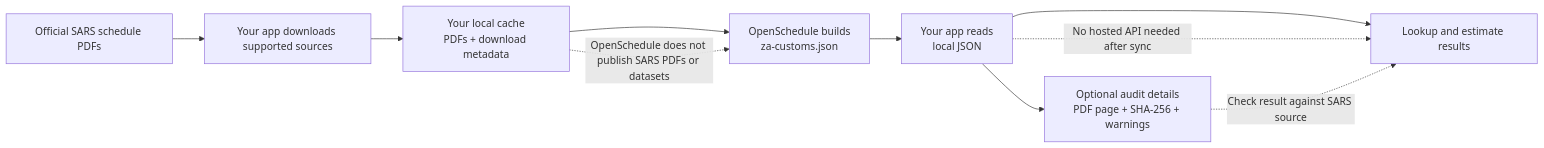
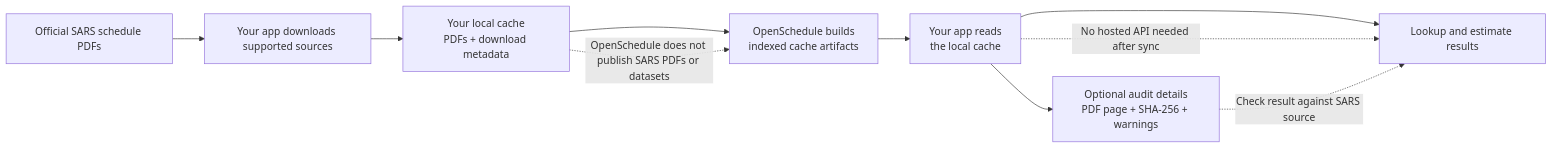
One commit to Habitat-ERP/openschedule changed the diagram in README.md. Above: the diagram before and after it, drawn with Mermaid. The commit also changed other lines of this file and 12 other files, not shown here.

Commit message:
Use indexed ZA customs cache artifacts

````diff
--- a/README.md
+++ b/README.md
@@ -43,13 +43,13 @@
 ```mermaid
 flowchart LR
   sars["Official SARS schedule PDFs"] --> sync["Your app downloads supported sources"]
   sync --> cache["Your local cache<br/>PDFs + download metadata"]
-  cache --> build["OpenSchedule builds<br/>za-customs.json"]
-  build --> runtime["Your app reads<br/>local JSON"]
+  cache --> build["OpenSchedule builds<br/>indexed cache artifacts"]
+  build --> runtime["Your app reads<br/>the local cache"]
   runtime --> output["Lookup and estimate results"]
   runtime --> audit["Optional audit details<br/>PDF page + SHA-256 + warnings"]
 
   cache -. "OpenSchedule does not publish SARS PDFs or datasets" .-> build
   runtime -. "No hosted API needed after sync" .-> output
   audit -. "Check result against SARS source" .-> output
 ```
````
